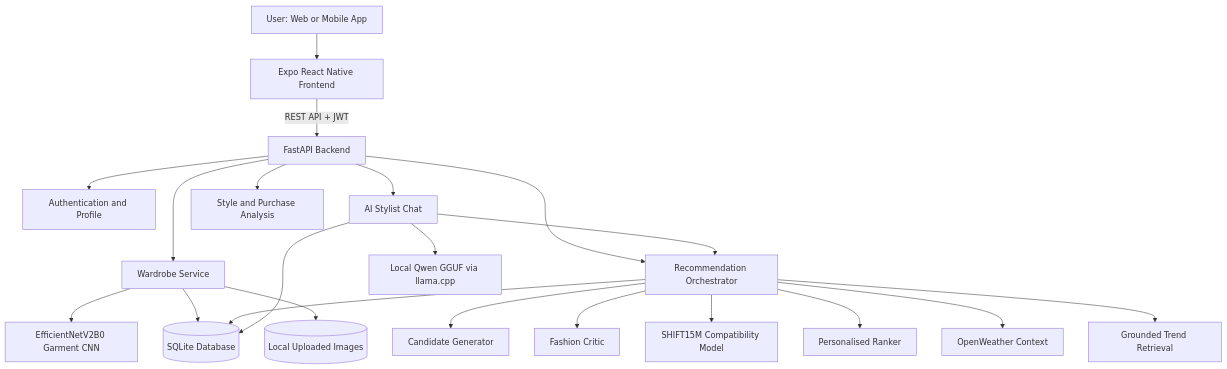
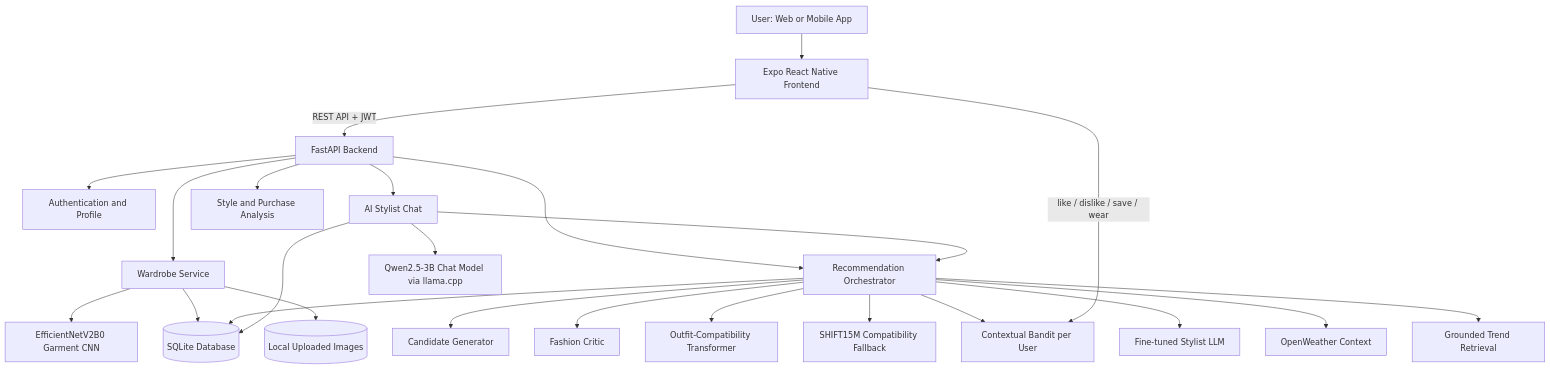
One commit to dishamalik10/Captstone-main changed the first of 2 diagrams in PROJECT_REPORT.md. Above: the diagram before and after it, drawn with Mermaid. The commit also changed other lines of this file, not shown here.

First line of the commit message:
Update project report for bandit ranking, Polyvore model and chat changes

````diff
--- a/PROJECT_REPORT.md
+++ b/PROJECT_REPORT.md
@@ -44,27 +46,30 @@
 ```mermaid
 flowchart TD
     U[User: Web or Mobile App] --> F[Expo React Native Frontend]
     F -->|REST API + JWT| B[FastAPI Backend]
 
     B --> A[Authentication and Profile]
     B --> W[Wardrobe Service]
     B --> R[Recommendation Orchestrator]
     B --> C[AI Stylist Chat]
     B --> S[Style and Purchase Analysis]
 
     W --> CNN[EfficientNetV2B0 Garment CNN]
     W --> DB[(SQLite Database)]
     W --> IMG[(Local Uploaded Images)]
 
     R --> CG[Candidate Generator]
     R --> FC[Fashion Critic]
-    R --> CM[SHIFT15M Compatibility Model]
-    R --> PR[Personalised Ranker]
+    R --> OC[Outfit-Compatibility Transformer]
+    R --> CM[SHIFT15M Compatibility Fallback]
+    R --> BD[Contextual Bandit per User]
+    R --> SL[Fine-tuned Stylist LLM]
     R --> WX[OpenWeather Context]
     R --> TR[Grounded Trend Retrieval]
     R --> DB
 
-    C --> LLM[Local Qwen GGUF via llama.cpp]
+    C --> R
+    C --> LLM[Qwen2.5-3B Chat Model via llama.cpp]
     C --> DB
-    C --> R
+    F -->|like / dislike / save / wear| BD
 ```
````
